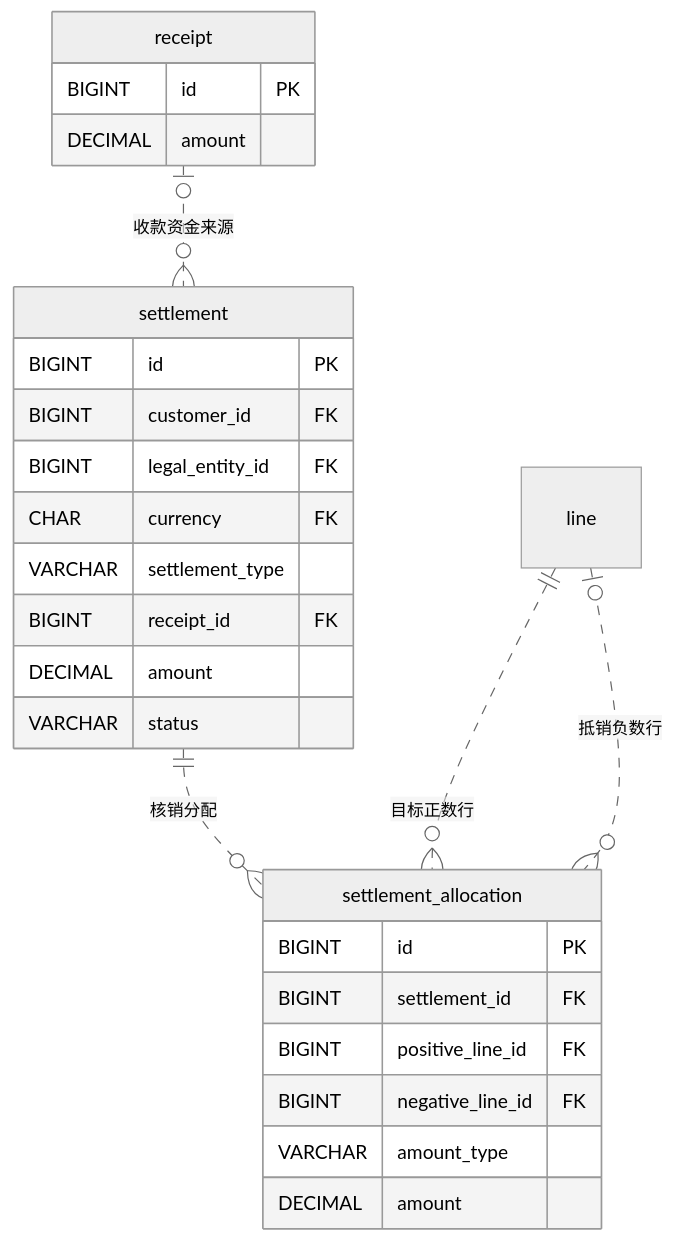
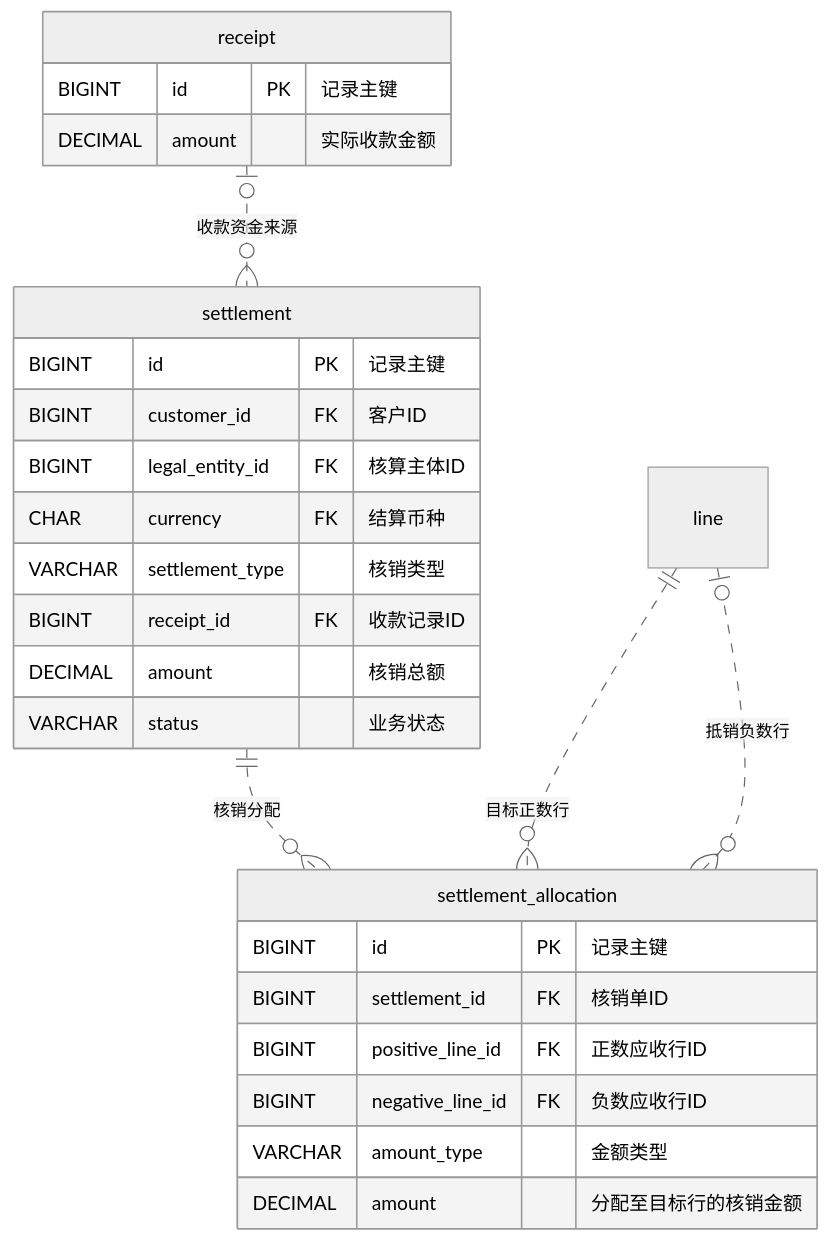
The third of 6 diagrams in docs/handbook/05-entity-relationships.md (PunjabLee/OMS_AR), drawn with Mermaid (neutral theme) before and after one commit. The commit also changed other lines of this file, not shown here.

Commit message:
docs(ar): show Chinese field descriptions inside ER diagrams

````diff
--- a/docs/handbook/05-entity-relationships.md
+++ b/docs/handbook/05-entity-relationships.md
@@ -144,29 +144,29 @@
 ```mermaid
 erDiagram
     receipt {
-        BIGINT id PK
-        DECIMAL amount
+        BIGINT id PK "记录主键"
+        DECIMAL amount "实际收款金额"
     }
     settlement {
-        BIGINT id PK
-        BIGINT customer_id FK
-        BIGINT legal_entity_id FK
-        CHAR currency FK
-        VARCHAR settlement_type
-        BIGINT receipt_id FK
-        DECIMAL amount
-        VARCHAR status
+        BIGINT id PK "记录主键"
+        BIGINT customer_id FK "客户ID"
+        BIGINT legal_entity_id FK "核算主体ID"
+        CHAR currency FK "结算币种"
+        VARCHAR settlement_type "核销类型"
+        BIGINT receipt_id FK "收款记录ID"
+        DECIMAL amount "核销总额"
+        VARCHAR status "业务状态"
     }
     settlement_allocation {
-        BIGINT id PK
-        BIGINT settlement_id FK
-        BIGINT positive_line_id FK
-        BIGINT negative_line_id FK
-        VARCHAR amount_type
-        DECIMAL amount
+        BIGINT id PK "记录主键"
+        BIGINT settlement_id FK "核销单ID"
+        BIGINT positive_line_id FK "正数应收行ID"
+        BIGINT negative_line_id FK "负数应收行ID"
+        VARCHAR amount_type "金额类型"
+        DECIMAL amount "分配至目标行的核销金额"
     }
     receipt o|..o{ settlement : "收款资金来源"
     settlement ||..o{ settlement_allocation : "核销分配"
     line ||..o{ settlement_allocation : "目标正数行"
     line o|..o{ settlement_allocation : "抵销负数行"
 ```
````
